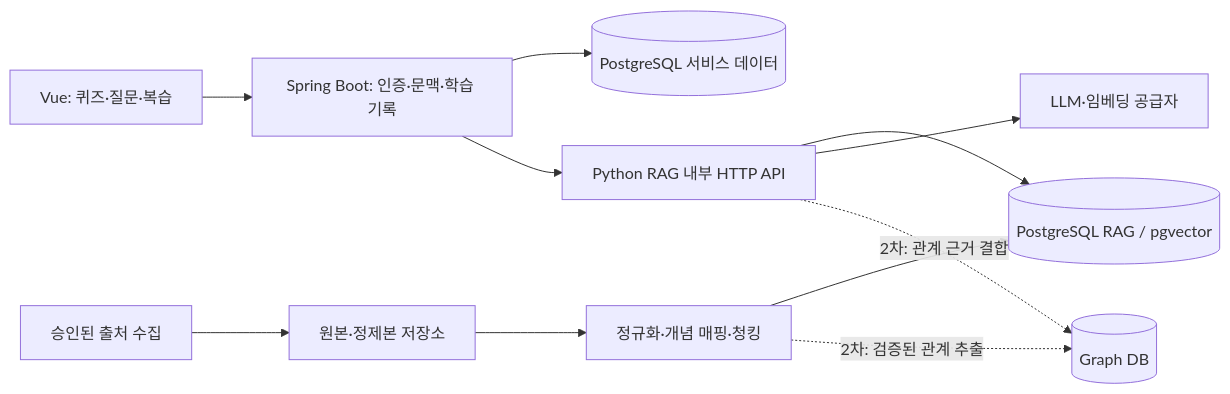
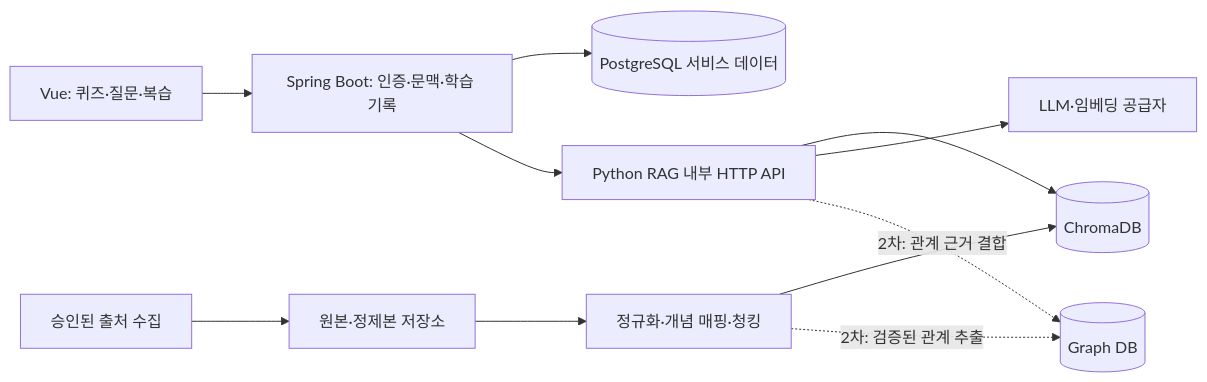
Before and after one commit to NewOld21/CS-AS: the first of 2 diagrams in docs/14_RAG_GUIDE.md, drawn with Mermaid. The commit also changed other lines of this file and 18 other files, not shown here.

Commit message:
docs: record MVP architecture and API conventions

````diff
--- a/docs/14_RAG_GUIDE.md
+++ b/docs/14_RAG_GUIDE.md
@@ -5,13 +5,13 @@
 ```mermaid
 flowchart LR
     U[Vue: 퀴즈·질문·복습] --> S[Spring Boot: 인증·문맥·학습 기록]
     S --> P[(PostgreSQL 서비스 데이터)]
     S --> R[Python RAG 내부 HTTP API]
-    R --> V[(PostgreSQL RAG / pgvector)]
+    R --> V[(ChromaDB)]
     R --> L[LLM·임베딩 공급자]
     A[승인된 출처 수집] --> F[원본·정제본 저장소]
     F --> C[정규화·개념 매핑·청킹]
     C --> V
     C -. 2차: 검증된 관계 추출 .-> G[(Graph DB)]
     R -. 2차: 관계 근거 결합 .-> G
 ```
````
